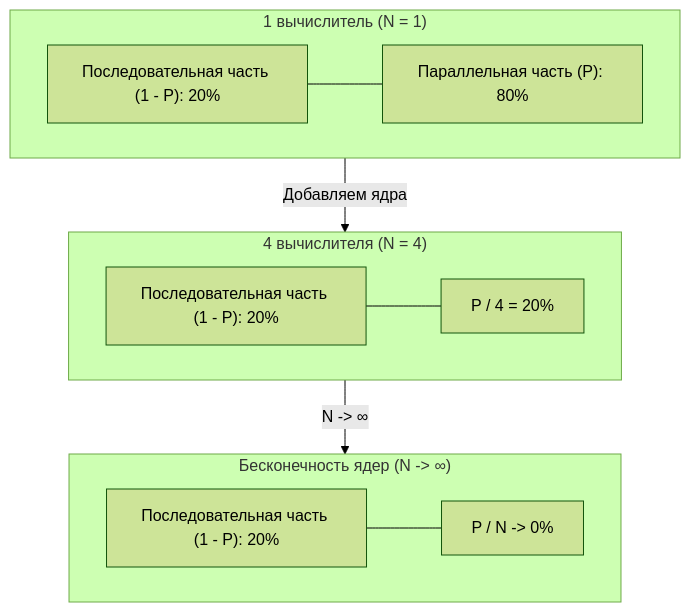
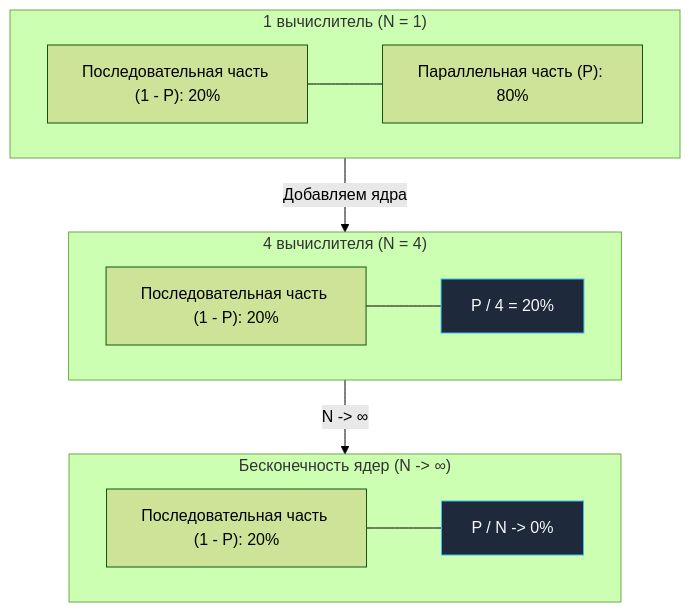
Before and after one commit to UnrealTemplier/go-textbook: the first of 3 diagrams in sources/16. Профилирование, отладка и производительность/01. Фундамент/4. Amdahl law и масштабирование.md, drawn with Mermaid (forest theme). The commit also changed other lines of this file and 1666 other files, not shown here.

First line of the commit message:
feat(mermaid): add semantic color classDef to 1369 colorless flowchart/graph diagrams

````diff
--- a/sources/16. Профилирование, отладка и производительность/01. Фундамент/4. Amdahl law и масштабирование.md
+++ b/sources/16. Профилирование, отладка и производительность/01. Фундамент/4. Amdahl law и масштабирование.md
@@ -60,23 +60,33 @@
 ```mermaid
 flowchart TD
+    classDef process  fill:#1e293b,stroke:#38bdf8,stroke-width:1px,color:#f8fafc
+    classDef success  fill:#064e3b,stroke:#34d399,stroke-width:1px,color:#f8fafc
+    classDef error    fill:#7f1d1d,stroke:#f87171,stroke-width:1px,color:#f8fafc
+    classDef warning  fill:#78350f,stroke:#fbbf24,stroke-width:1px,color:#f8fafc
+    classDef entry    fill:#1e3a5f,stroke:#38bdf8,stroke-width:2px,color:#f8fafc
+    classDef aux      fill:#334155,stroke:#64748b,stroke-width:1px,color:#f8fafc
+    classDef system   fill:#312e81,stroke:#a78bfa,stroke-width:1px,color:#f8fafc
+    classDef data     fill:#132d29,stroke:#2dd4bf,stroke-width:1px,color:#f8fafc
+    classDef network  fill:#881337,stroke:#fb7185,stroke-width:1px,color:#f8fafc
+    classDef accent   fill:#1e1b4b,stroke:#818cf8,stroke-width:1px,color:#f8fafc
     subgraph SingleCore["1 вычислитель (N = 1)"]
         A1["Последовательная часть (1 - P): 20%"]
         A2["Параллельная часть (P): 80%"]
         A1 --- A2
     end
 
     subgraph FourCores["4 вычислителя (N = 4)"]
         B1["Последовательная часть (1 - P): 20%"]
-        B2["P / 4 = 20%"]
+        B2["P / 4 = 20%"]:::process
         B1 --- B2
     end
 
     subgraph InfiniteCores["Бесконечность ядер (N -> ∞)"]
         C1["Последовательная часть (1 - P): 20%"]
-        C2["P / N -> 0%"]
+        C2["P / N -> 0%"]:::process
         C1 --- C2
     end
 
     SingleCore -->|"Добавляем ядра"| FourCores
     FourCores -->|"N -> ∞"| InfiniteCores
 ```
````
